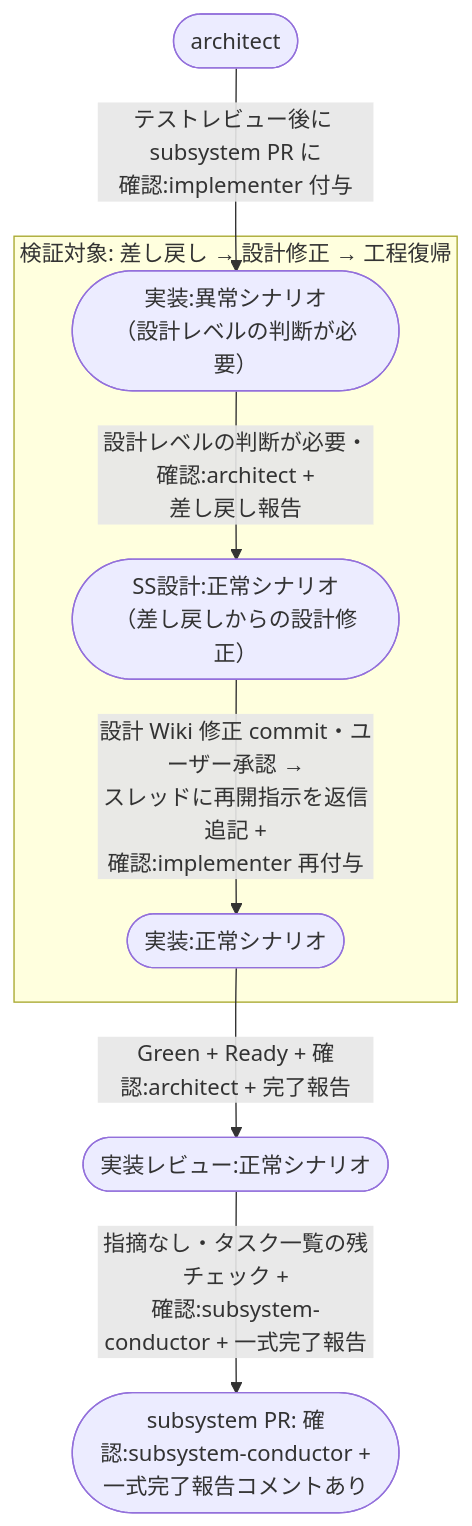
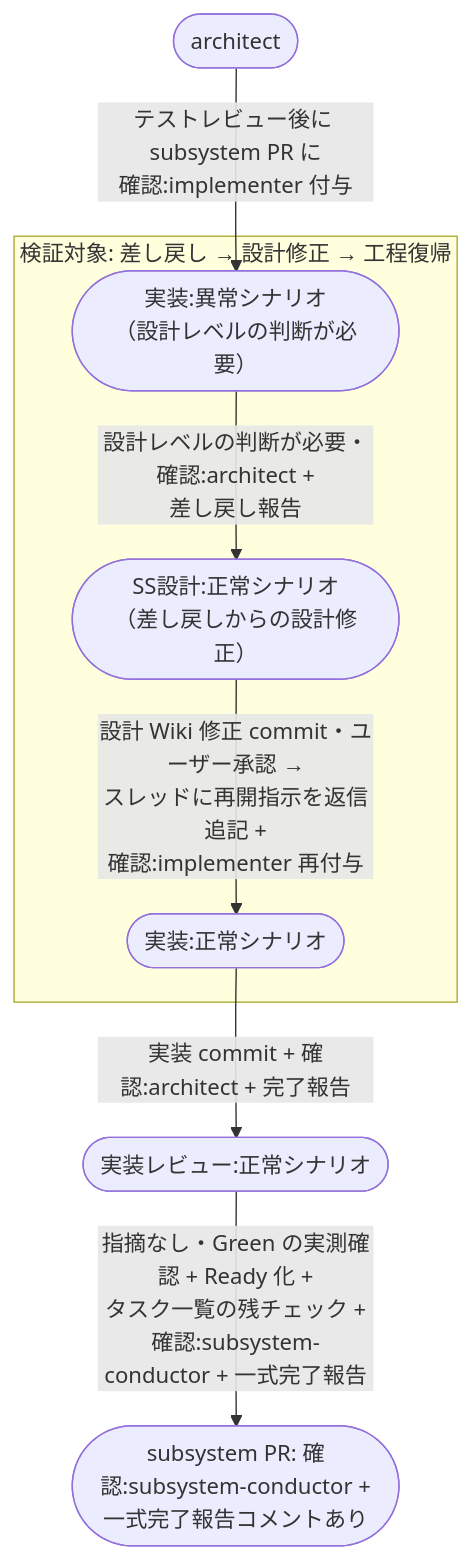
One commit to shuhei1101/ai-monitor changed the second of 2 diagrams in docs/wiki/設計図/シナリオ/複合ユースケース/設計差し戻しからの設計修正.md. Above: the diagram before and after it, drawn with Mermaid. The commit also changed other lines of this file and 304 other files, not shown here.

````diff
--- a/docs/wiki/設計図/シナリオ/複合ユースケース/設計差し戻しからの設計修正.md
+++ b/docs/wiki/設計図/シナリオ/複合ユースケース/設計差し戻しからの設計修正.md
@@ -65,17 +65,17 @@
 ```mermaid
 flowchart TD
   A0([architect]) -->|テストレビュー後に subsystem PR に<br>確認:implementer 付与| UC1
 
   subgraph FOCUS["検証対象: 差し戻し → 設計修正 → 工程復帰"]
     UC1([実装:異常シナリオ<br>（設計レベルの判断が必要）]) -->|設計レベルの判断が必要・確認:architect +<br>差し戻し報告| UC2([SS設計:正常シナリオ<br>（差し戻しからの設計修正）])
     UC2 -->|設計 Wiki 修正 commit・ユーザー承認 →<br>スレッドに再開指示を返信追記 +<br>確認:implementer 再付与| UC3([実装:正常シナリオ])
   end
 
-  UC3 -->|Green + Ready + 確認:architect + 完了報告| UC4([実装レビュー:正常シナリオ])
-  UC4 -->|指摘なし・タスク一覧の残チェック +<br>確認:subsystem-conductor + 一式完了報告| DONE([subsystem PR: 確認:subsystem-conductor +<br>一式完了報告コメントあり])
+  UC3 -->|実装 commit + 確認:architect + 完了報告| UC4([実装レビュー:正常シナリオ])
+  UC4 -->|指摘なし・Green の実測確認 + Ready 化 +<br>タスク一覧の残チェック +<br>確認:subsystem-conductor + 一式完了報告| DONE([subsystem PR: 確認:subsystem-conductor +<br>一式完了報告コメントあり])
 
   click UC1 "../単一ユースケース/実装.md#異常シナリオ設計レベルの判断が必要"
   click UC2 "../単一ユースケース/SS設計.md#正常シナリオ差し戻しからの設計修正"
   click UC3 "../単一ユースケース/実装.md#正常シナリオ"
   click UC4 "../単一ユースケース/実装レビュー.md#正常シナリオ"
 ```
````
